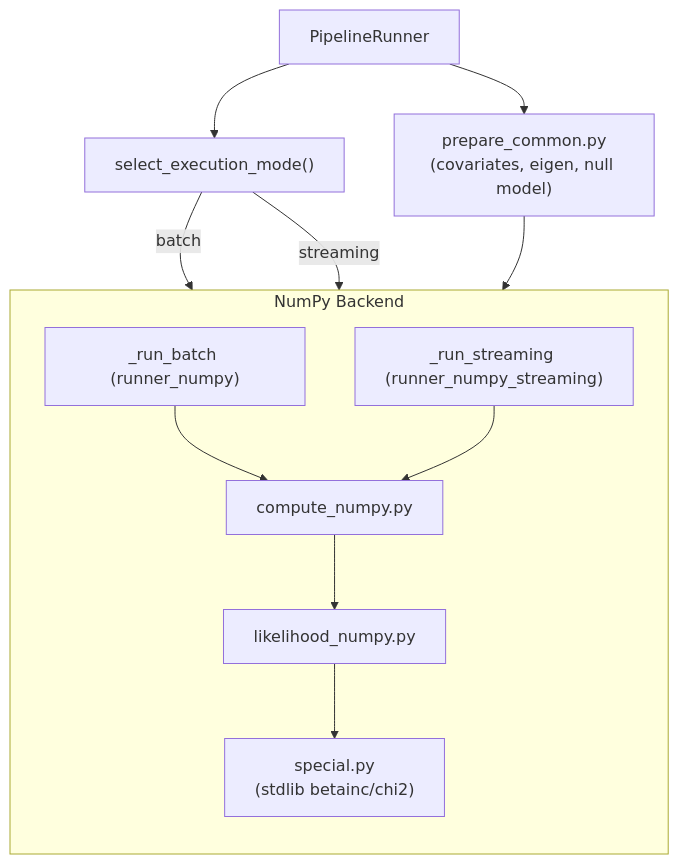
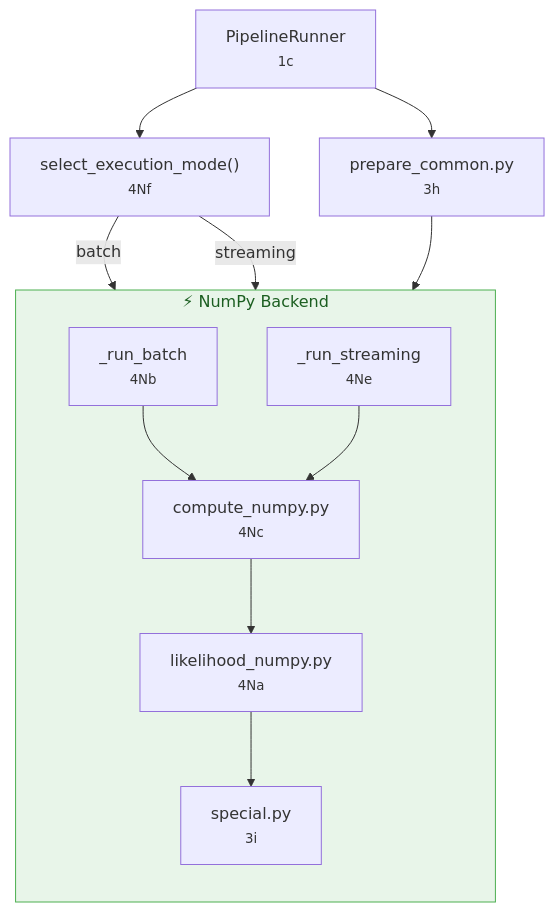
The fifth of 5 diagrams in docs/CODEMAP.md (michael-denyer/jamma), drawn with Mermaid before and after one commit. The commit also changed other lines of this file and 3 other files, not shown here.

````diff
--- a/docs/CODEMAP.md
+++ b/docs/CODEMAP.md
@@ -381,24 +421,26 @@
 ```mermaid
 flowchart TD
-    PIPE["PipelineRunner"]
-    SEL["select_execution_mode()"]
-    PREP["prepare_common.py<br>(covariates, eigen, null model)"]
+    PIPE["PipelineRunner<br/><small>1c</small>"]
+    SEL["select_execution_mode()<br/><small>4Nf</small>"]
+    PREP["prepare_common.py<br/><small>3h</small>"]
 
-    subgraph NP["NumPy Backend"]
+    subgraph NP["⚡ NumPy Backend"]
         direction TB
-        BATCH["_run_batch (runner_numpy)"]
-        STREAM["_run_streaming (runner_numpy_streaming)"]
-        CN["compute_numpy.py"]
-        LN["likelihood_numpy.py"]
-        SP["special.py<br>(stdlib betainc/chi2)"]
+        BATCH["_run_batch<br/><small>4Nb</small>"]
+        STREAM["_run_streaming<br/><small>4Ne</small>"]
+        CN["compute_numpy.py<br/><small>4Nc</small>"]
+        LN["likelihood_numpy.py<br/><small>4Na</small>"]
+        SP["special.py<br/><small>3i</small>"]
     end
 
     PIPE --> SEL
     SEL -->|"batch"| BATCH
     SEL -->|"streaming"| STREAM
     PIPE --> PREP
     PREP --> NP
     BATCH --> CN --> LN
     STREAM --> CN
     LN --> SP
+
+    style NP fill:#e8f5e9,stroke:#4caf50,color:#1b5e20
 ```
````
